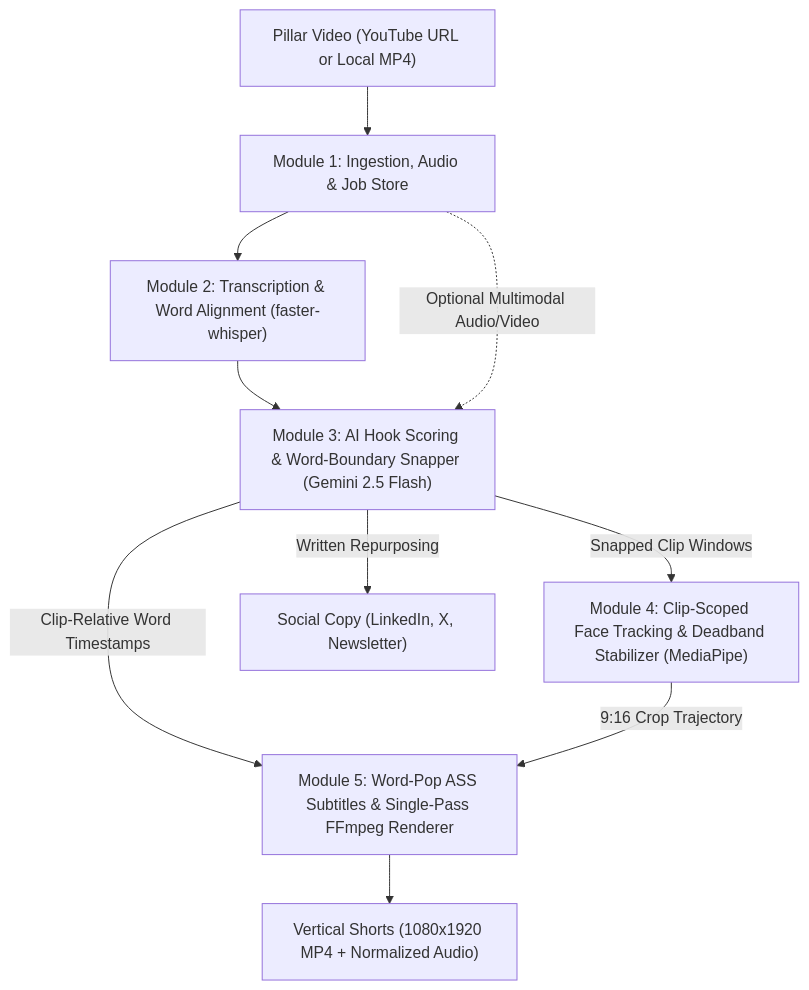
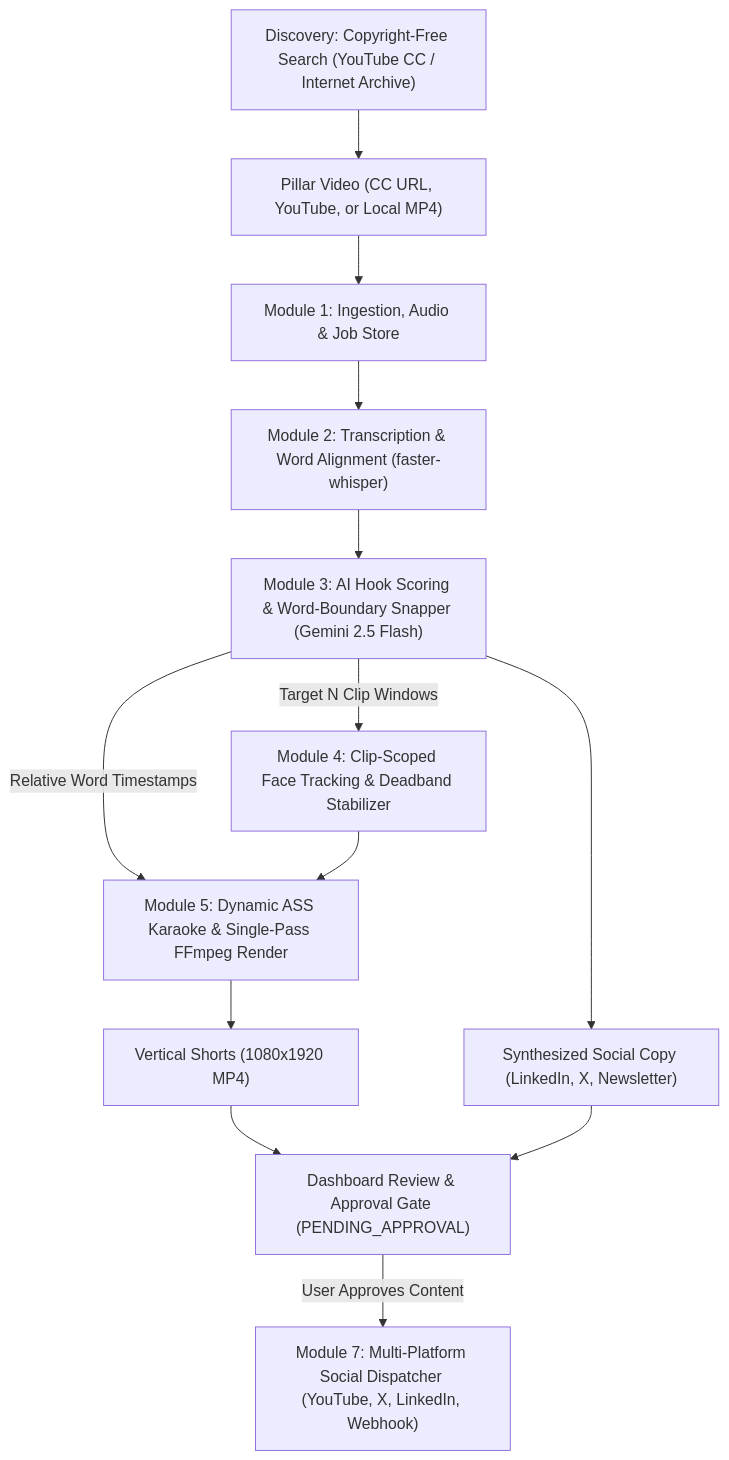
Before and after one commit to mdriyadmr968/PillarPrism: the diagram in README.md, drawn with Mermaid. The commit also changed other lines of this file and 15 other files, not shown here.

Commit message:
feat: add Copyright-Free Video Discovery, Configurable Clip Count, Dashboard Approval & Social Publishing Engine

````diff
--- a/README.md
+++ b/README.md
@@ -21,14 +24,18 @@
 ```mermaid
 flowchart TD
-    A["Pillar Video (YouTube URL or Local MP4)"] --> M1["Module 1: Ingestion, Audio & Job Store"]
+    D["Discovery: Copyright-Free Search (YouTube CC / Internet Archive)"] --> A["Pillar Video (CC URL, YouTube, or Local MP4)"]
+    A --> M1["Module 1: Ingestion, Audio & Job Store"]
     M1 --> M2["Module 2: Transcription & Word Alignment (faster-whisper)"]
     M2 --> M3["Module 3: AI Hook Scoring & Word-Boundary Snapper (Gemini 2.5 Flash)"]
-    M1 -.->|Optional Multimodal Audio/Video| M3
     
-    M3 -->|Snapped Clip Windows| M4["Module 4: Clip-Scoped Face Tracking & Deadband Stabilizer (MediaPipe)"]
-    M3 -->|Clip-Relative Word Timestamps| M5["Module 5: Word-Pop ASS Subtitles & Single-Pass FFmpeg Renderer"]
+    M3 -->|Target N Clip Windows| M4["Module 4: Clip-Scoped Face Tracking & Deadband Stabilizer"]
+    M3 -->|Relative Word Timestamps| M5["Module 5: Dynamic ASS Karaoke & Single-Pass FFmpeg Render"]
     
-    M4 -->|9:16 Crop Trajectory| M5
-    M5 --> O1["Vertical Shorts (1080x1920 MP4 + Normalized Audio)"]
-    M3 -->|Written Repurposing| O2["Social Copy (LinkedIn, X, Newsletter)"]
+    M4 --> M5
+    M5 --> O1["Vertical Shorts (1080x1920 MP4)"]
+    M3 --> O2["Synthesized Social Copy (LinkedIn, X, Newsletter)"]
+    
+    O1 --> REV["Dashboard Review & Approval Gate (PENDING_APPROVAL)"]
+    O2 --> REV
+    REV -->|User Approves Content| PUB["Module 7: Multi-Platform Social Dispatcher (YouTube, X, LinkedIn, Webhook)"]
 ```
````
